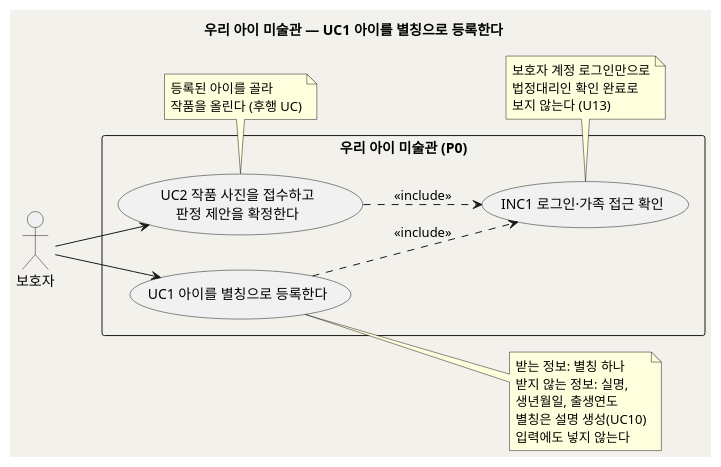
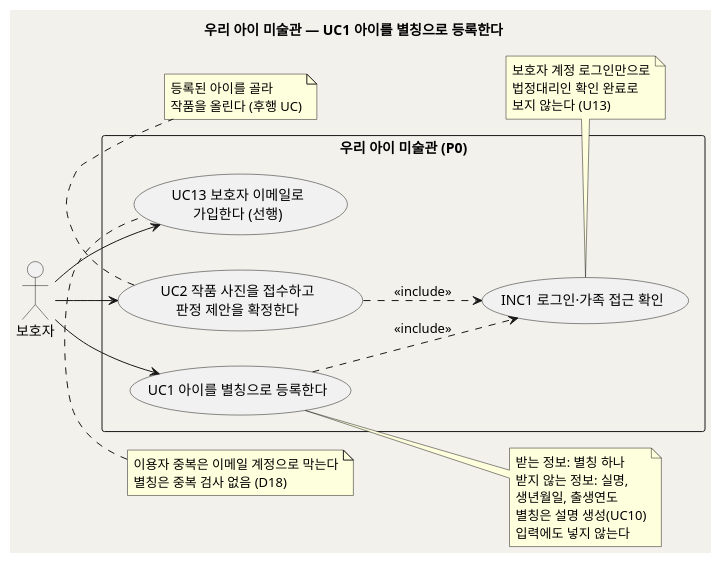
One commit to kids-gallery/uri-gallery changed the first of 2 diagrams in design/UC_01_아이등록.md. Above: the diagram before and after it, drawn with PlantUML. The commit also changed other lines of this file and 14 other files, not shown here.

First line of the commit message:
보호자 이메일 로그인과 로그인 정보 찾기(D18): UC13·UC14 신설, 별칭 중복 검사 제거

````diff
--- a/design/UC_01_아이등록.md
+++ b/design/UC_01_아이등록.md
@@ -43,38 +44,44 @@
 ```plantuml
 @startuml uc_our_child_gallery_01
 skinparam backgroundColor #F3F1EB
 skinparam shadowing false
 left to right direction
 title 우리 아이 미술관 — UC1 아이를 별칭으로 등록한다
 
 actor "보호자" as Parent
 
 rectangle "우리 아이 미술관 (P0)" {
   usecase "UC1 아이를 별칭으로 등록한다" as UC1
   usecase "INC1 로그인·가족 접근 확인" as INC1
   usecase "UC2 작품 사진을 접수하고\n판정 제안을 확정한다" as UC2
+  usecase "UC13 보호자 이메일로\n가입한다 (선행)" as UC13
 }
 
+Parent --> UC13
 Parent --> UC1
 Parent --> UC2
 UC1 ..> INC1 : <<include>>
+note top of UC13
+  이용자 중복은 이메일 계정으로 막는다
+  별칭은 중복 검사 없음 (D18)
+end note
 UC2 ..> INC1 : <<include>>
 
 note right of UC1
   받는 정보: 별칭 하나
   받지 않는 정보: 실명,
   생년월일, 출생연도
   별칭은 설명 생성(UC10)
   입력에도 넣지 않는다
 end note
 note bottom of INC1
   보호자 계정 로그인만으로
   법정대리인 확인 완료로
   보지 않는다 (U13)
 end note
 note bottom of UC2
   등록된 아이를 골라
   작품을 올린다 (후행 UC)
 end note
 @enduml
 ```
````
